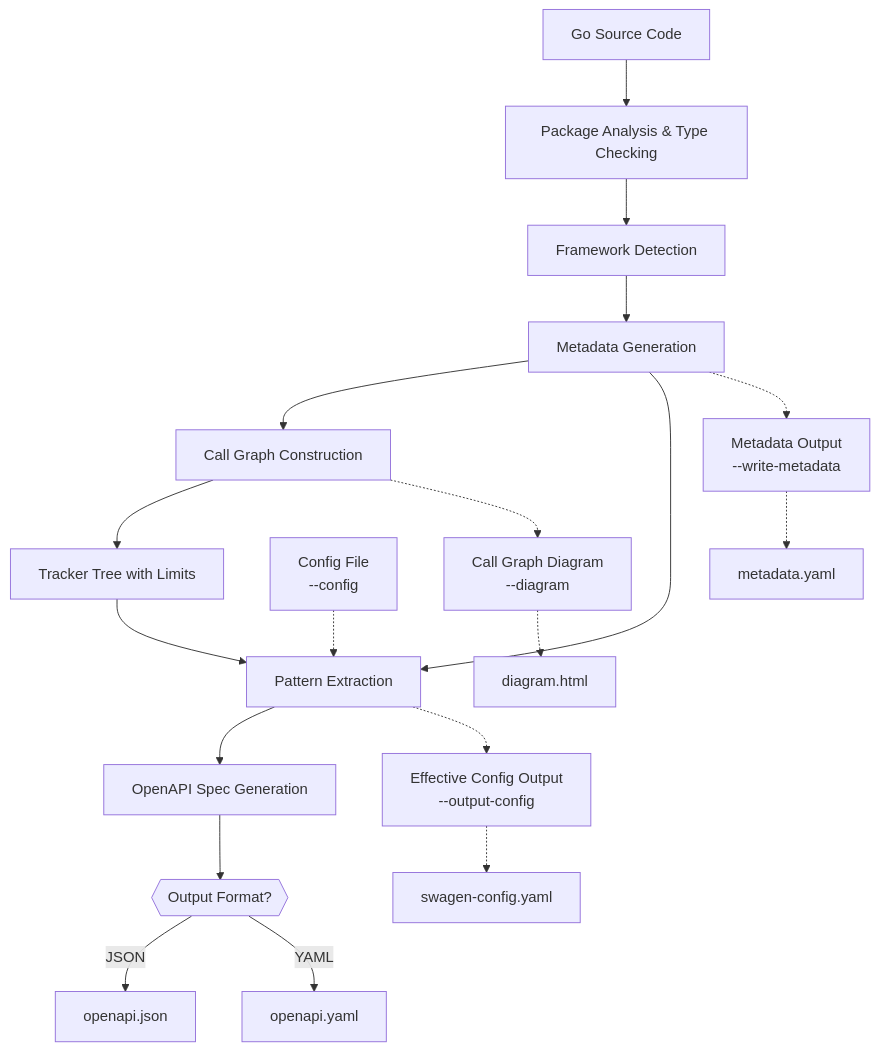
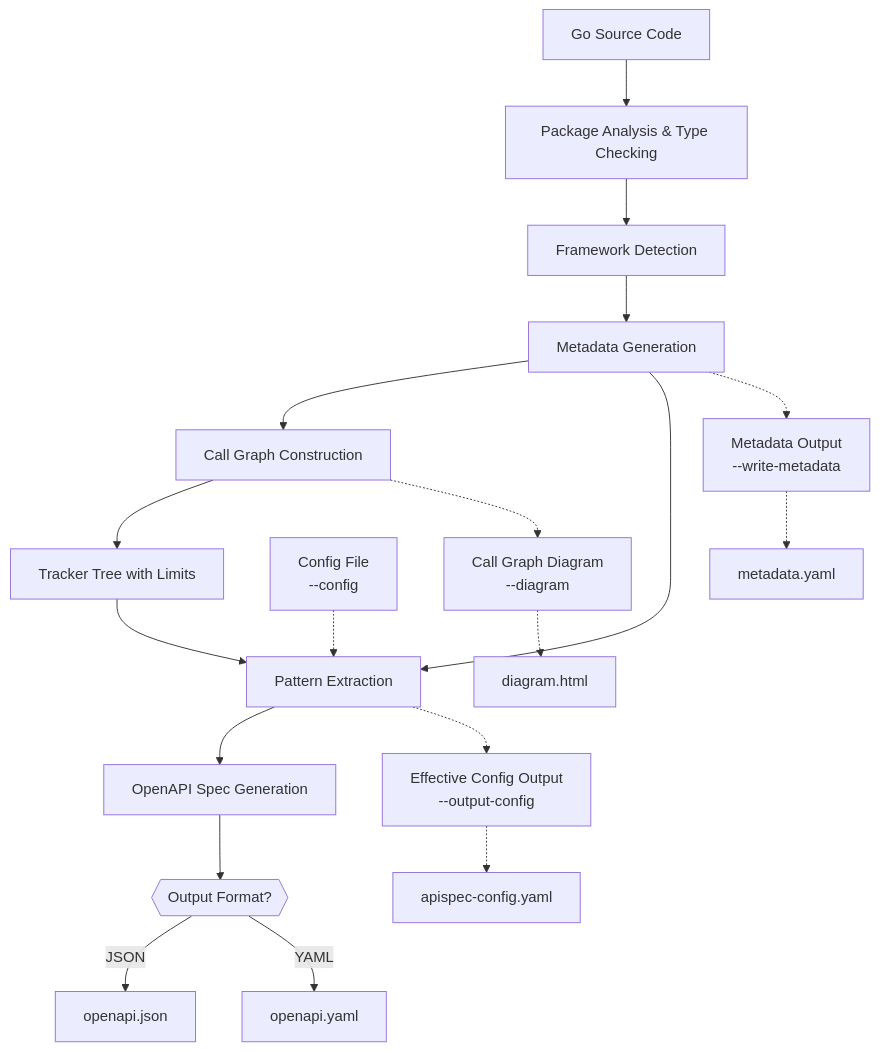
One commit to ehabterra/apispec changed the diagram in README.md. Above: the diagram before and after it, drawn with Mermaid. The commit also changed other lines of this file and 68 other files, not shown here.

````diff
--- a/README.md
+++ b/README.md
@@ -121,26 +121,26 @@
 ```mermaid
 graph TD
     A[Go Source Code] --> B[Package Analysis & Type Checking]
     B --> C[Framework Detection]
     C --> D[Metadata Generation]
     D --> E[Call Graph Construction]
     E --> F[Tracker Tree with Limits]
     
     G[Config File<br/>--config] -.-> H[Pattern Extraction]
     F --> H
     D --> H
     
     H --> I[OpenAPI Spec Generation]
     I --> J{{Output Format?}}
     J -->|JSON| K[openapi.json]
     J -->|YAML| L[openapi.yaml]
     
     E -.-> M[Call Graph Diagram<br/>--diagram]
     M -.-> N[diagram.html]
     
     H -.-> O[Effective Config Output<br/>--output-config]
-    O -.-> P[swagen-config.yaml]
+    O -.-> P[apispec-config.yaml]
     
     D -.-> Q[Metadata Output<br/>--write-metadata]
     Q -.-> R[metadata.yaml]
 ```
````
